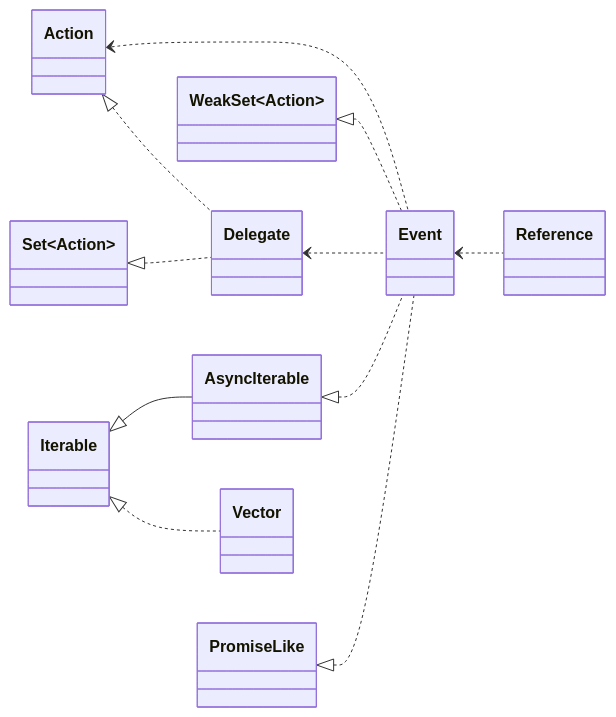
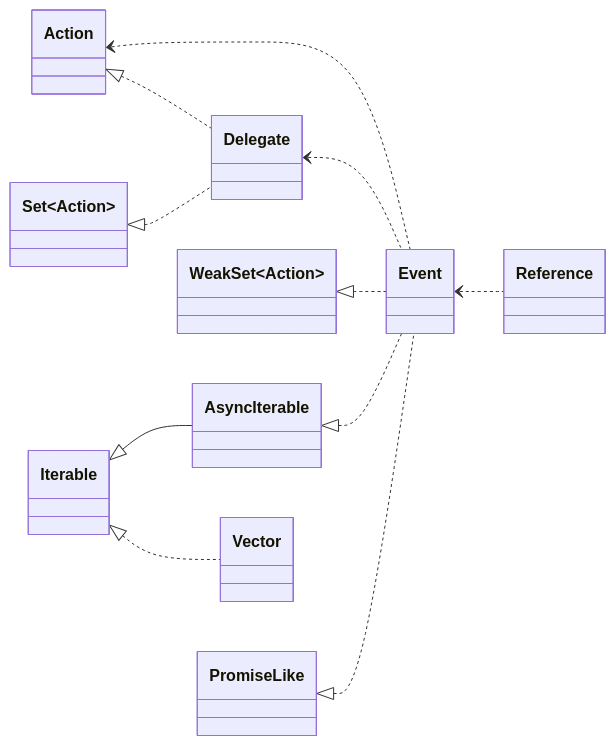
One commit to domrally/peekeasy changed the fourth of 4 diagrams in README.md. Above: the diagram before and after it, drawn with Mermaid. The commit also changed other lines of this file, not shown here.

````diff
--- a/README.md
+++ b/README.md
@@ -204,20 +204,20 @@
 ```mermaid
 classDiagram
     direction LR
     Action <.. Event
     Action <|.. Delegate
     Set~Action~ <|.. Delegate
+    Delegate <.. Event
     WeakSet~Action~ <|.. Event
-    Delegate <.. Event
     AsyncIterable <|.. Event
     PromiseLike <|.. Event
     Event <.. Reference
     Iterable <|-- AsyncIterable
     Iterable <|.. Vector
     class Delegate
     link Delegate "https://github.com/domrally/peekeasy/blob/main/src/delegate.ts" "delegate.ts"
     class Event
     link Event "https://github.com/domrally/peekeasy/blob/main/src/event.ts" "event.ts"
     class Vector
     link Vector "https://github.com/domrally/peekeasy/blob/main/src/vector.ts" "vector.ts"
 ```
````
